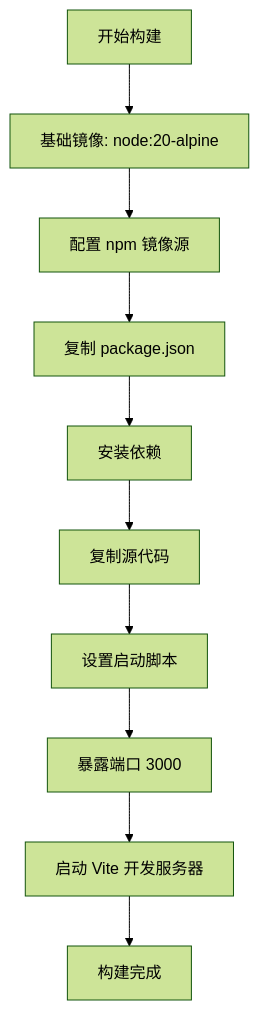
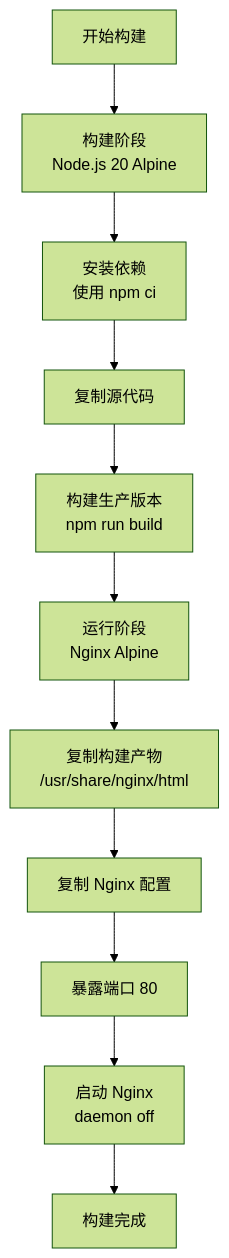
One commit to xfbyxq/ai-novel-system changed the fourth of 14 diagrams in .qoder/repowiki/zh/content/Docker Deployment.md. Above: the diagram before and after it, drawn with Mermaid (forest theme). The commit also changed other lines of this file and 8 other files, not shown here.

````diff
--- a/.qoder/repowiki/zh/content/Docker Deployment.md
+++ b/.qoder/repowiki/zh/content/Docker Deployment.md
@@ -229,12 +254,13 @@
 ```mermaid
 flowchart TD
-START[开始构建] --> BASE_IMAGE[基础镜像: node:20-alpine]
-BASE_IMAGE --> MIRROR[配置 npm 镜像源]
-MIRROR --> COPY_PKG[复制 package.json]
-COPY_PKG --> INSTALL_DEPS[安装依赖]
+START[开始构建] --> BUILD_STAGE[构建阶段<br/>Node.js 20 Alpine]
+BUILD_STAGE --> INSTALL_DEPS[安装依赖<br/>使用 npm ci]
 INSTALL_DEPS --> COPY_SRC[复制源代码]
-COPY_SRC --> ENTRYPOINT[设置启动脚本]
-ENTRYPOINT --> EXPOSE[暴露端口 3000]
-EXPOSE --> CMD[启动 Vite 开发服务器]
+COPY_SRC --> BUILD_PROD[构建生产版本<br/>npm run build]
+BUILD_PROD --> RUN_STAGE[运行阶段<br/>Nginx Alpine]
+RUN_STAGE --> COPY_DIST[复制构建产物<br/>/usr/share/nginx/html]
+COPY_DIST --> COPY_CONFIG[复制 Nginx 配置]
+COPY_CONFIG --> EXPOSE[暴露端口 80]
+EXPOSE --> CMD[启动 Nginx<br/>daemon off]
 CMD --> END[构建完成]
 ```
````
